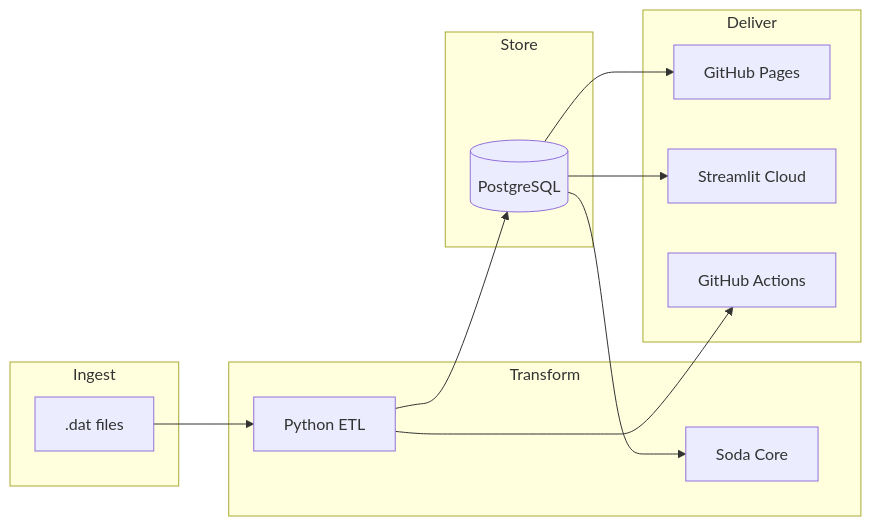
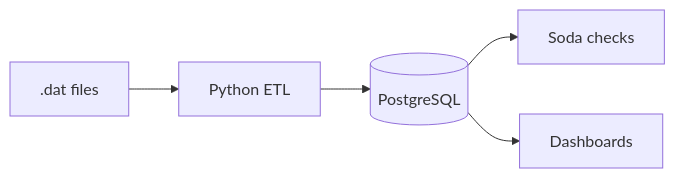
One commit to gvarun20/openflights-pipeline changed the diagram in README.md. Above: the diagram before and after it, drawn with Mermaid. The commit also changed other lines of this file and 11 other files, not shown here.

First line of the commit message:
Add MSc demo portfolio polish: maps, metadata, issue templates, architecture diagram

````diff
--- a/README.md
+++ b/README.md
@@ -30,22 +34,6 @@
 ```mermaid
 flowchart LR
-  subgraph ingest [Ingest]
-    DAT[".dat files"]
-  end
-  subgraph transform [Transform]
-    ETL["Python ETL"]
-    DQ["Soda Core"]
-  end
-  subgraph store [Store]
-    PG[(PostgreSQL)]
-  end
-  subgraph deliver [Deliver]
-    PG_DASH["GitHub Pages"]
-    ST["Streamlit Cloud"]
-    CI["GitHub Actions"]
-  end
-  DAT --> ETL --> PG --> DQ
-  PG --> PG_DASH
-  PG --> ST
-  ETL --> CI
+  DAT[".dat files"] --> ETL["Python ETL"] --> PG[(PostgreSQL)]
+  PG --> DQ["Soda checks"]
+  PG --> DASH["Dashboards"]
 ```
````
